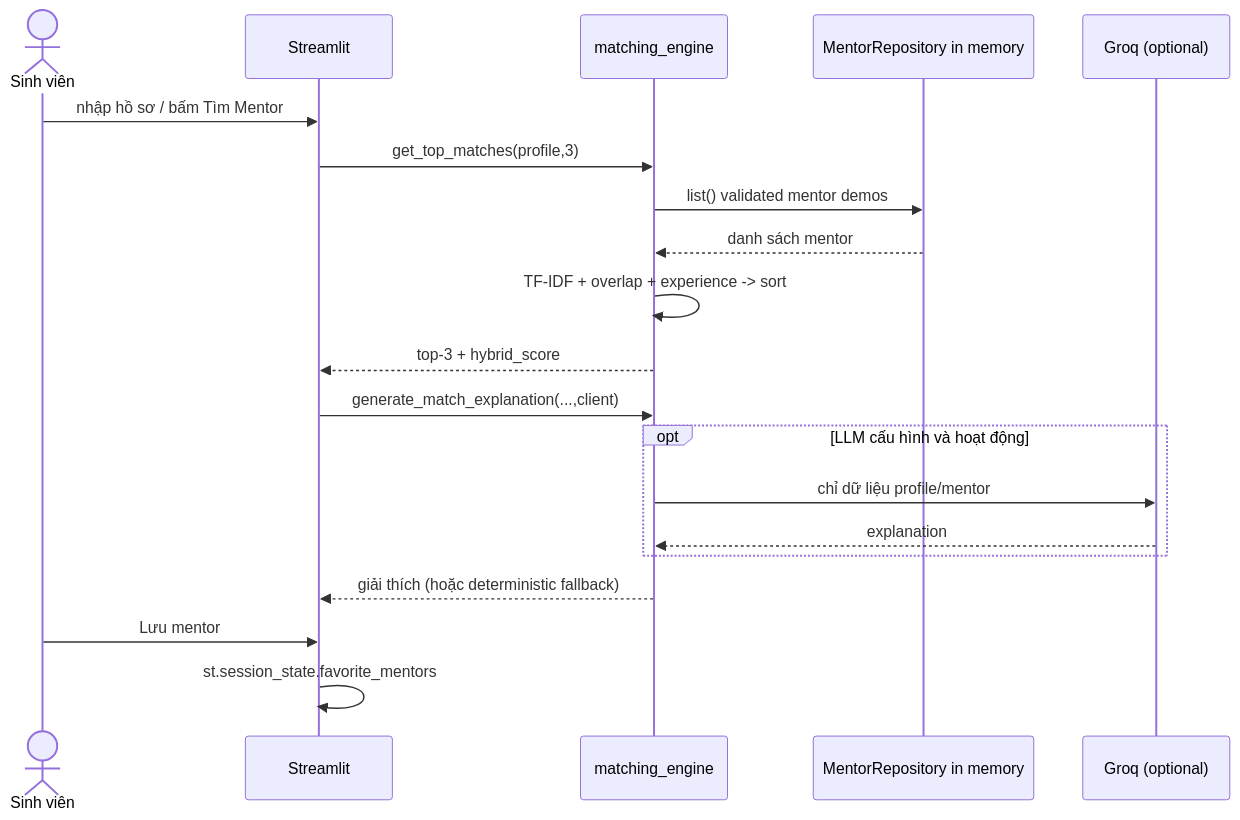
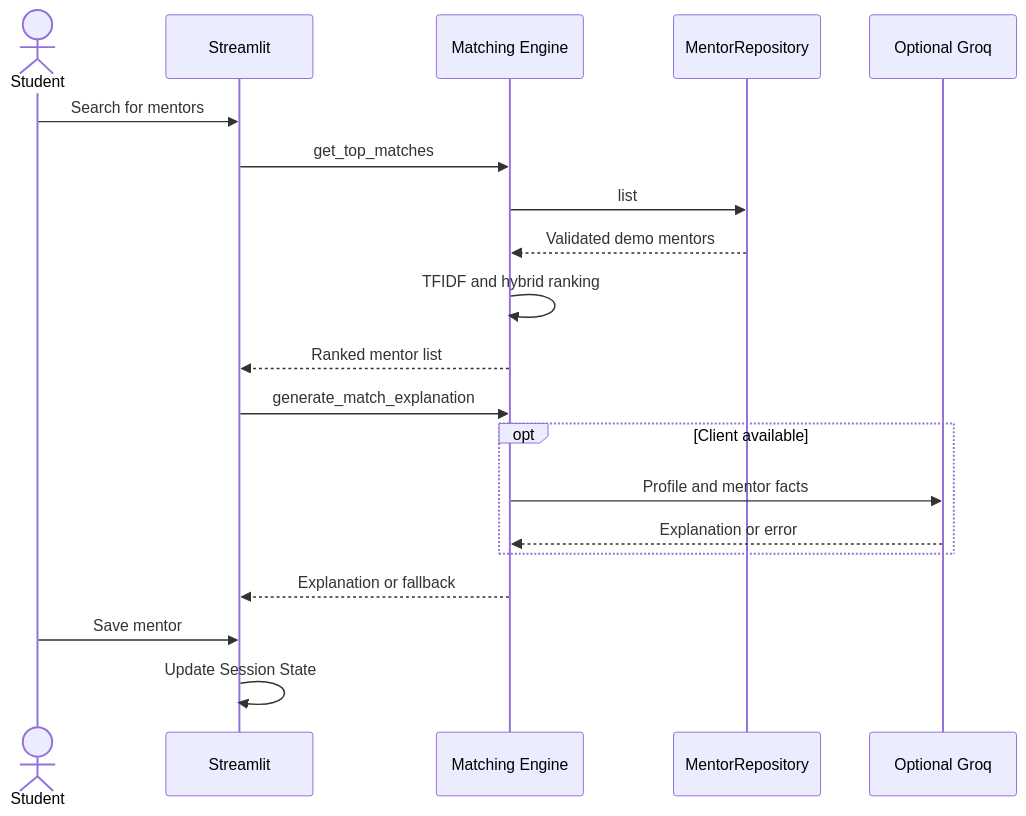
Before and after one commit to levanmanh268/cmc-ai-mentor-network: the fifth of 5 diagrams in docs/architecture.md, drawn with Mermaid. The commit also changed other lines of this file and 7 other files, not shown here.

First line of the commit message:
fix(docs): restore Mermaid preview compatibility and synchronize architecture

````diff
--- a/docs/architecture.md
+++ b/docs/architecture.md
@@ -149,22 +157,22 @@
 ```mermaid
 sequenceDiagram
-    actor Student as Sinh viên
+    actor Student as Student
     participant UI as Streamlit
-    participant Match as matching_engine
-    participant Repo as MentorRepository in memory
-    participant LLM as Groq (optional)
-    Student->>UI: nhập hồ sơ / bấm Tìm Mentor
-    UI->>Match: get_top_matches(profile,3)
-    Match->>Repo: list() validated mentor demos
-    Repo-->>Match: danh sách mentor
-    Match->>Match: TF-IDF + overlap + experience -> sort
-    Match-->>UI: top-3 + hybrid_score
-    UI->>Match: generate_match_explanation(...,client)
-    opt LLM cấu hình và hoạt động
-        Match->>LLM: chỉ dữ liệu profile/mentor
-        LLM-->>Match: explanation
+    participant Match as Matching Engine
+    participant Repo as MentorRepository
+    participant LLM as Optional Groq
+    Student->>UI: Search for mentors
+    UI->>Match: get_top_matches
+    Match->>Repo: list
+    Repo-->>Match: Validated demo mentors
+    Match->>Match: TFIDF and hybrid ranking
+    Match-->>UI: Ranked mentor list
+    UI->>Match: generate_match_explanation
+    opt Client available
+        Match->>LLM: Profile and mentor facts
+        LLM-->>Match: Explanation or error
     end
-    Match-->>UI: giải thích (hoặc deterministic fallback)
-    Student->>UI: Lưu mentor
-    UI->>UI: st.session_state.favorite_mentors
+    Match-->>UI: Explanation or fallback
+    Student->>UI: Save mentor
+    UI->>UI: Update Session State
 ```
````
